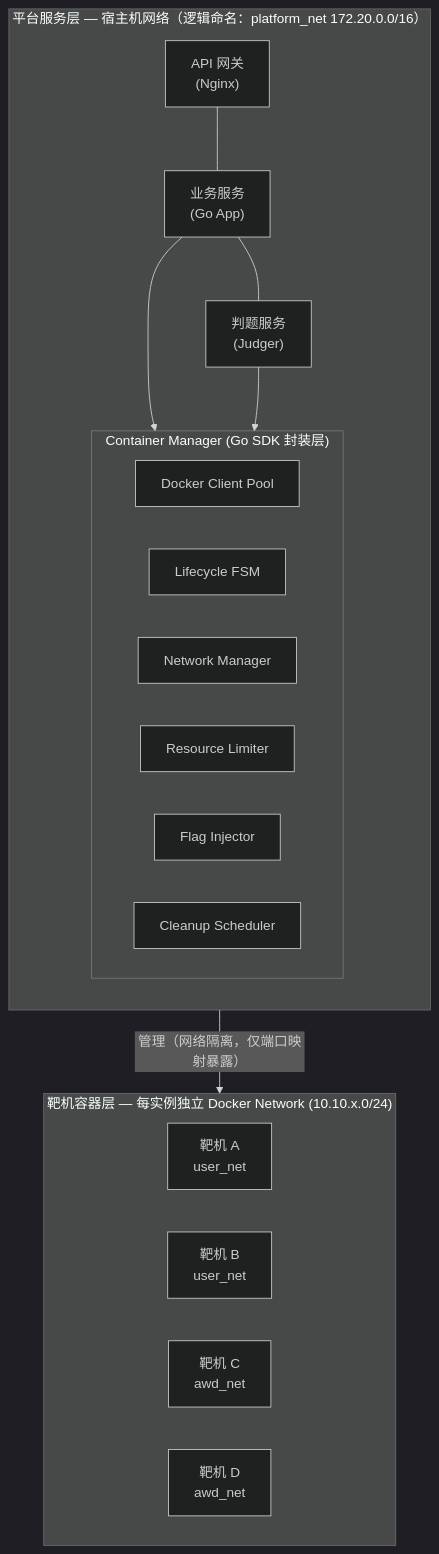
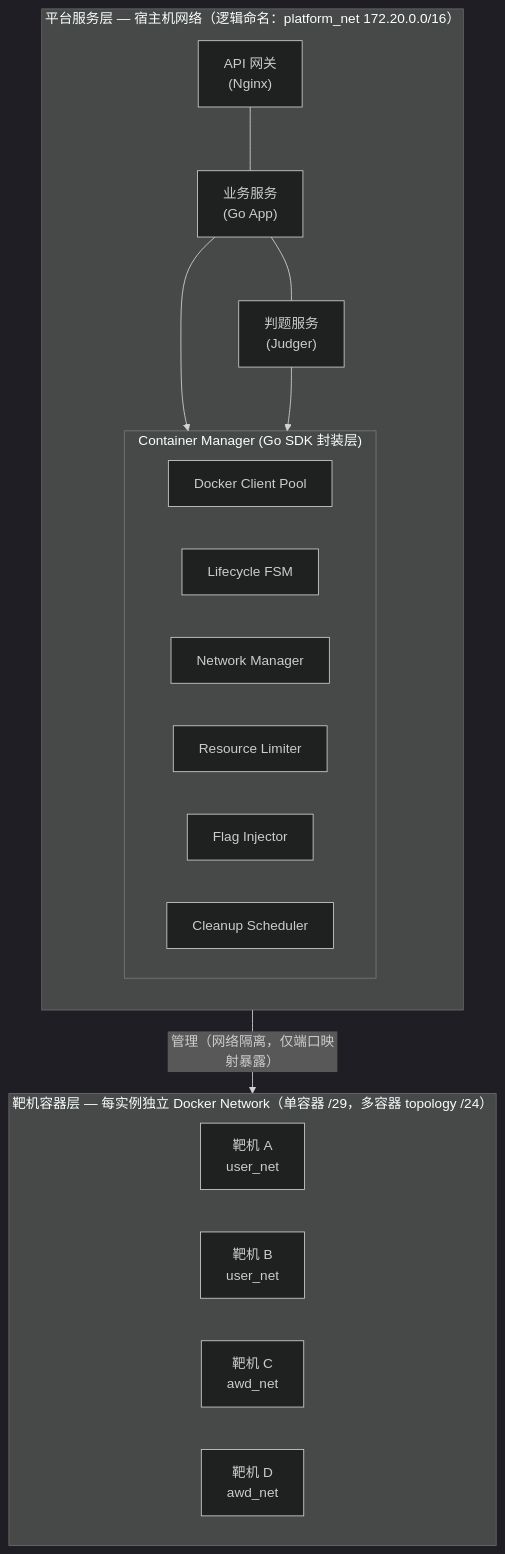
The first of 11 diagrams in docs/architecture/backend/03-container-architecture.md (architectcgz/ctf), drawn with Mermaid (dark theme) before and after one commit. The commit also changed other lines of this file and 12 other files, not shown here.

````diff
--- a/docs/architecture/backend/03-container-architecture.md
+++ b/docs/architecture/backend/03-container-architecture.md
@@ -80,32 +82,32 @@
 ```mermaid
 flowchart TD
     subgraph 平台服务层["平台服务层 — 宿主机网络（逻辑命名：platform_net 172.20.0.0/16）"]
         direction TB
         GW["API 网关\n(Nginx)"]
         BIZ["业务服务\n(Go App)"]
         JUDGE["判题服务\n(Judger)"]
 
         subgraph CM["Container Manager (Go SDK 封装层)"]
             DCP["Docker Client Pool"]
             FSM["Lifecycle FSM"]
             NM["Network Manager"]
             RL["Resource Limiter"]
             FI["Flag Injector"]
             CS["Cleanup Scheduler"]
         end
 
         GW --- BIZ --- JUDGE
         BIZ --> CM
         JUDGE --> CM
     end
 
-    subgraph 靶机容器层["靶机容器层 — 每实例独立 Docker Network (10.10.x.0/24)"]
+    subgraph 靶机容器层["靶机容器层 — 每实例独立 Docker Network（单容器 /29，多容器 topology /24）"]
         direction LR
         A["靶机 A\nuser_net"]
         B["靶机 B\nuser_net"]
         C["靶机 C\nawd_net"]
         D["靶机 D\nawd_net"]
     end
 
     CM -->|"管理（网络隔离，仅端口映射暴露）"| 靶机容器层
 ```
````
